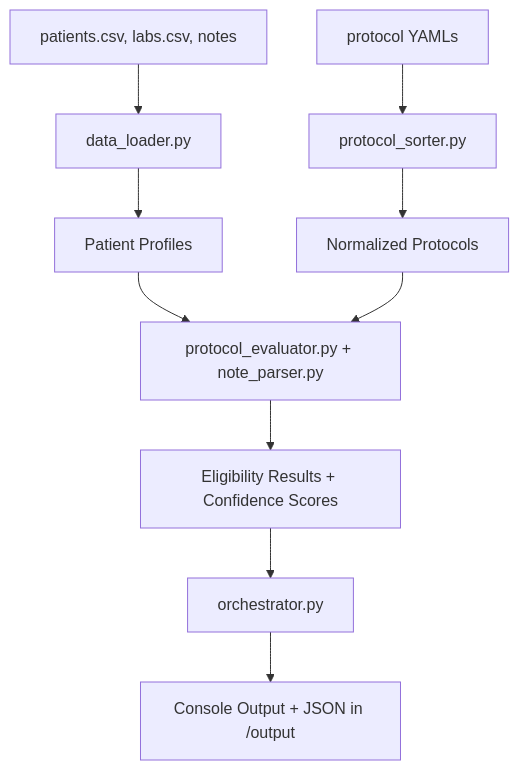
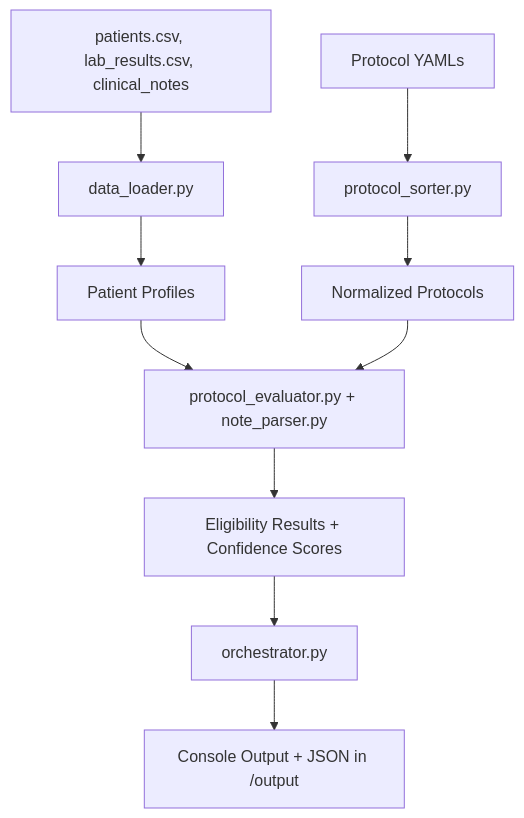
One commit to jameswniu/medical-trial-workflow changed the diagram in README.md. Above: the diagram before and after it, drawn with Mermaid. The commit also changed other lines of this file, not shown here.

````diff
--- a/README.md
+++ b/README.md
@@ -31,12 +26,12 @@
 ```mermaid
 flowchart TD
-    A[patients.csv, labs.csv, notes] --> B[data_loader.py]
+    A[patients.csv, lab_results.csv, clinical_notes] --> B[data_loader.py]
     B --> C[Patient Profiles]
-    D[protocol YAMLs] --> E[protocol_sorter.py]
+    D[Protocol YAMLs] --> E[protocol_sorter.py]
     E --> F[Normalized Protocols]
     C --> G[protocol_evaluator.py + note_parser.py]
     F --> G
     G --> H[Eligibility Results + Confidence Scores]
     H --> I[orchestrator.py]
     I --> J[Console Output + JSON in /output]
 ```
````
